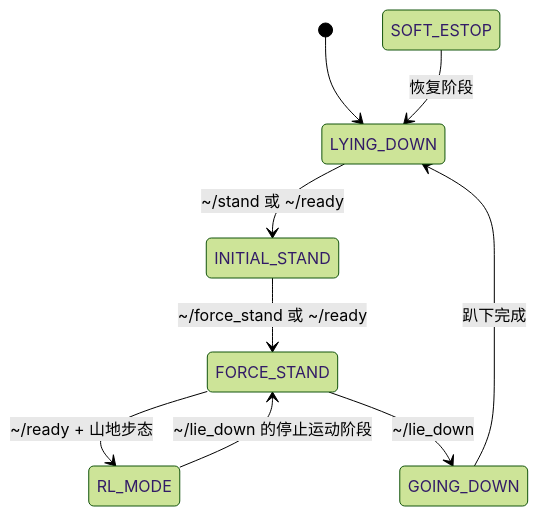
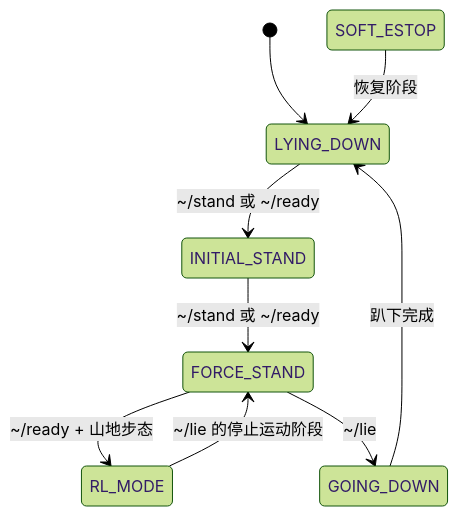
One commit to ggbond-control/nav_bridge changed the second of 2 diagrams in README.md. Above: the diagram before and after it, drawn with Mermaid (forest theme). The commit also changed other lines of this file and 5 other files, not shown here.

````diff
--- a/README.md
+++ b/README.md
@@ -328,14 +318,14 @@
 ```mermaid
 stateDiagram-v2
     [*] --> LYING_DOWN
 
     LYING_DOWN --> INITIAL_STAND: ~/stand 或 ~/ready
-    INITIAL_STAND --> FORCE_STAND: ~/force_stand 或 ~/ready
+    INITIAL_STAND --> FORCE_STAND: ~/stand 或 ~/ready
     FORCE_STAND --> RL_MODE: ~/ready + 山地步态
 
-    RL_MODE --> FORCE_STAND: ~/lie_down 的停止运动阶段
-    FORCE_STAND --> GOING_DOWN: ~/lie_down
+    RL_MODE --> FORCE_STAND: ~/lie 的停止运动阶段
+    FORCE_STAND --> GOING_DOWN: ~/lie
     GOING_DOWN --> LYING_DOWN: 趴下完成
 
     SOFT_ESTOP --> LYING_DOWN: 恢复阶段
 ```
````
